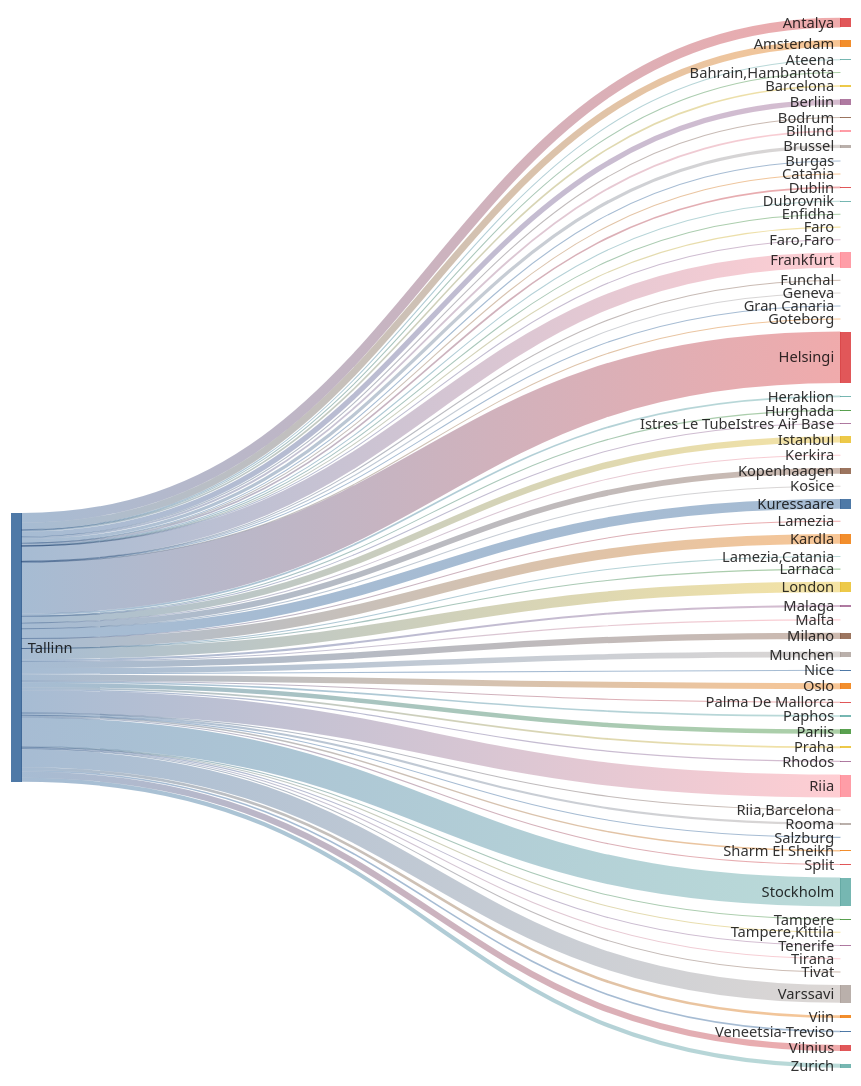
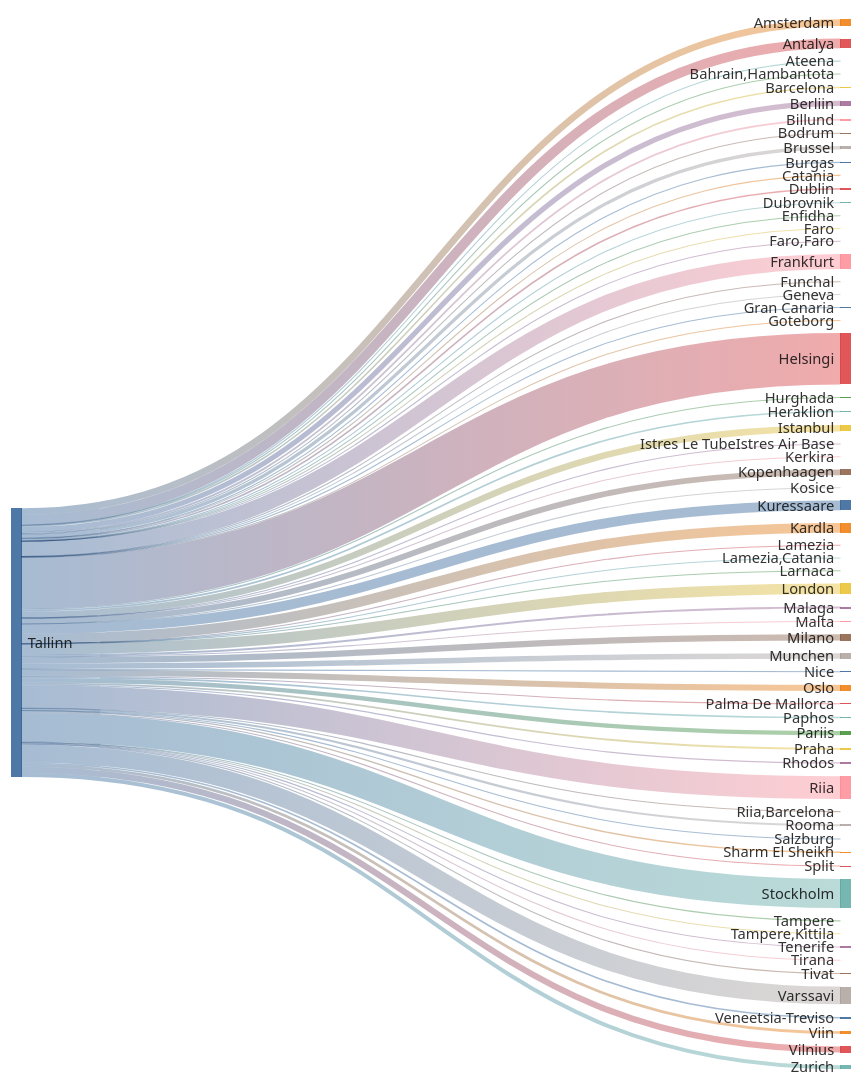
One commit to rainermesi/tll-airport-departures changed the second of 2 diagrams in README.md. Above: the diagram before and after it, drawn with Mermaid. The commit also changed other lines of this file, not shown here.

````diff
--- a/README.md
+++ b/README.md
@@ -34,76 +34,76 @@
 ```mermaid
 ---
 config:
   sankey:
     showValues: false
     width: 800
     height: 1000
 ---
 sankey-beta
 %% source,target,value
-Tallinn,Amsterdam,180
+Tallinn,Amsterdam,181
 Tallinn,Antalya,261
 Tallinn,Ateena,16
 Tallinn,"Bahrain,Hambantota",1
 Tallinn,Barcelona,43
-Tallinn,Berliin,140
+Tallinn,Berliin,141
 Tallinn,Billund,49
 Tallinn,Bodrum,11
-Tallinn,Brussel,87
+Tallinn,Brussel,88
 Tallinn,Burgas,21
 Tallinn,Catania,2
 Tallinn,Dublin,44
 Tallinn,Dubrovnik,21
 Tallinn,Enfidha,7
 Tallinn,Faro,4
 Tallinn,"Faro,Faro",1
-Tallinn,Frankfurt,406
+Tallinn,Frankfurt,408
 Tallinn,Funchal,5
 Tallinn,Geneva,1
-Tallinn,Gran Canaria,19
+Tallinn,Gran Canaria,20
 Tallinn,Goteborg,1
-Tallinn,Helsingi,1379
+Tallinn,Helsingi,1387
 Tallinn,Heraklion,46
 Tallinn,Hurghada,27
-Tallinn,Istanbul,173
+Tallinn,Istanbul,174
 Tallinn,Istres Le TubeIstres Air Base,2
 Tallinn,Kerkira,4
-Tallinn,Kopenhaagen,153
+Tallinn,Kopenhaagen,156
 Tallinn,Kosice,1
-Tallinn,Kuressaare,263
-Tallinn,Kardla,263
+Tallinn,Kuressaare,265
+Tallinn,Kardla,265
 Tallinn,Lamezia,1
 Tallinn,"Lamezia,Catania",3
 Tallinn,Larnaca,4
-Tallinn,London,281
+Tallinn,London,283
 Tallinn,Malaga,56
 Tallinn,Malta,15
-Tallinn,Milano,168
-Tallinn,Munchen,148
+Tallinn,Milano,169
+Tallinn,Munchen,149
 Tallinn,Nice,25
-Tallinn,Oslo,161
+Tallinn,Oslo,162
 Tallinn,Palma De Mallorca,19
 Tallinn,Paphos,43
 Tallinn,Pariis,118
 Tallinn,Praha,49
 Tallinn,Rhodos,32
-Tallinn,Riia,612
+Tallinn,Riia,616
 Tallinn,"Riia,Barcelona",1
-Tallinn,Rooma,56
+Tallinn,Rooma,57
 Tallinn,Salzburg,2
 Tallinn,Sharm El Sheikh,37
 Tallinn,Split,25
-Tallinn,Stockholm,776
+Tallinn,Stockholm,778
 Tallinn,Tampere,17
 Tallinn,"Tampere,Kittila",2
-Tallinn,Tenerife,28
+Tallinn,Tenerife,29
 Tallinn,Tirana,8
 Tallinn,Tivat,26
-Tallinn,Varssavi,474
+Tallinn,Varssavi,477
 Tallinn,Veneetsia-Treviso,44
-Tallinn,Viin,72
+Tallinn,Viin,73
 Tallinn,Vilnius,166
 Tallinn,Zurich,109
 
 
 ```
````
